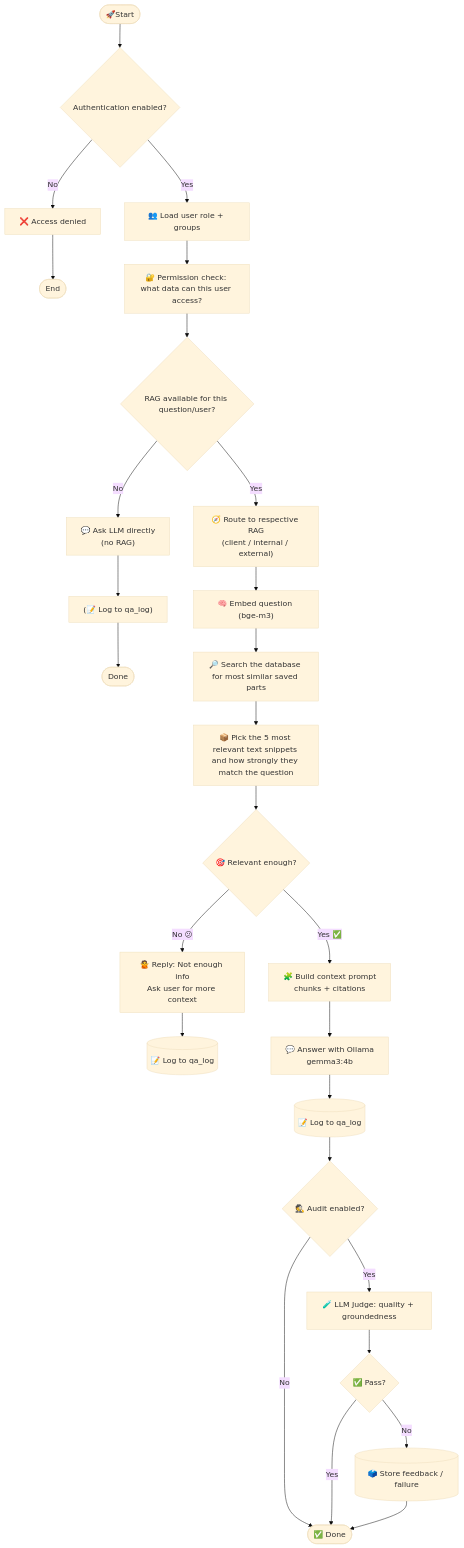
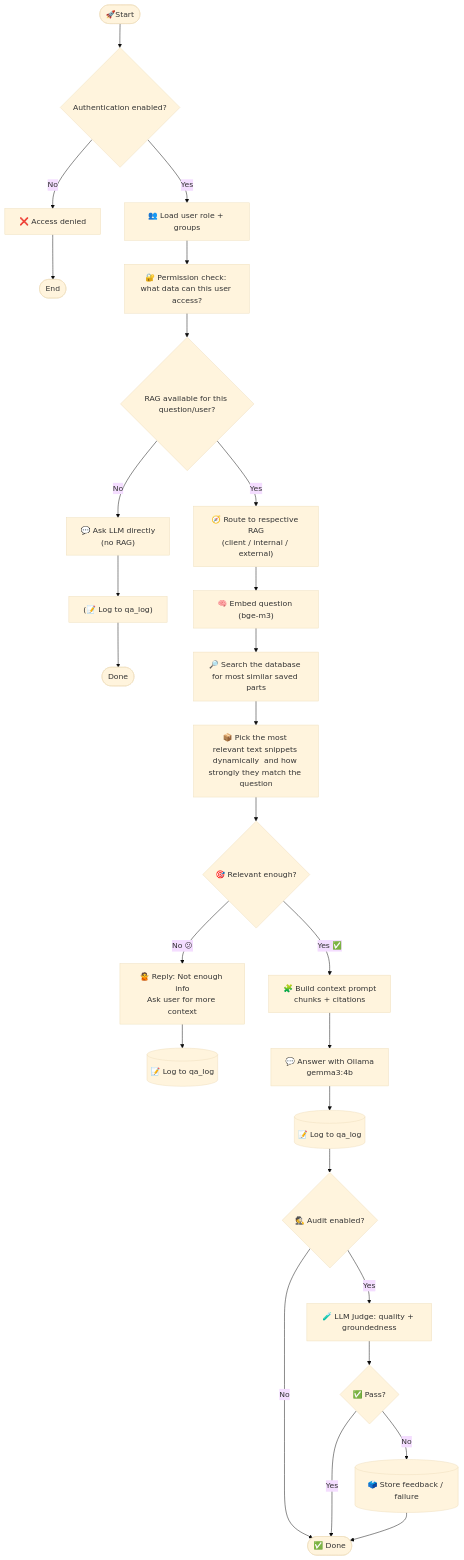
One commit to LauraAva/rag-ollama-set-up changed the second of 3 diagrams in docs/PROCESS_VISUALIZATION_TRIAL.md. Above: the diagram before and after it, drawn with Mermaid (base theme).

````diff
--- a/docs/PROCESS_VISUALIZATION_TRIAL.md
+++ b/docs/PROCESS_VISUALIZATION_TRIAL.md
@@ -28,48 +28,48 @@
 ```mermaid
 flowchart TD
 
   START([🚀Start]) --> AUTH{Authentication enabled?}
 
   AUTH -- "No" --> DENY[❌ Access denied] --> END0([End])
 
   AUTH -- "Yes" --> ROLE[👥 Load user role + groups]
   ROLE --> PERM[🔐 Permission check: what data can this user access?]
 
   PERM --> HASRAG{RAG available for this question/user?}
 
   HASRAG -- "No" --> LLMONLY["💬 Ask LLM directly<br/>(no RAG)"]
   LLMONLY --> LOG0["(📝 Log to qa_log)"]
   LOG0 --> END([Done])
 
   HASRAG -- "Yes" --> ROUTE["🧭 Route to respective RAG<br/>(client / internal / external)"]
 
   %% --- RAG Retrieval + Relevancy Gate ---
   ROUTE --> Q["🧠 Embed question (bge-m3)"]
   Q --> S[🔎 Search the database for most similar saved parts]
-  S --> R[📦 Pick the 5 most relevant text snippets and how strongly they match the question]
+  S --> R[📦 Pick the most relevant text snippets dynamically  and how strongly they match the question]
 
   R --> G{🎯 Relevant enough?}
 
   %% Not relevant path
   G -- "No 😕" --> N[🙅 Reply: Not enough info<br/>Ask user for more context]
   N --> L1[(📝 Log to qa_log)]
   classDef animate stroke-dasharray: 9,5,stroke-dashoffset: 900,animation: dash 25s linear infinite;
   class e1 animate
 
   %% Relevant path
   G -- "Yes ✅" --> C[🧩 Build context prompt<br/>chunks + citations]
   C --> A[💬 Answer with Ollama<br/>gemma3:4b]
   A --> L2[(📝 Log to qa_log)]
 
   %% --- Optional audit ---
   L2 --> AU{🕵️ Audit enabled?}
   AU -- "No" --> DONE([✅ Done])
 
   AU -- "Yes" --> J[🧪 LLM Judge: quality + groundedness]
   J --> V{✅ Pass?}
 
   V -- "Yes" --> DONE
   V -- "No" --> F[(🗳️ Store feedback / failure)]
   F --> DONE
 
 ```
````
